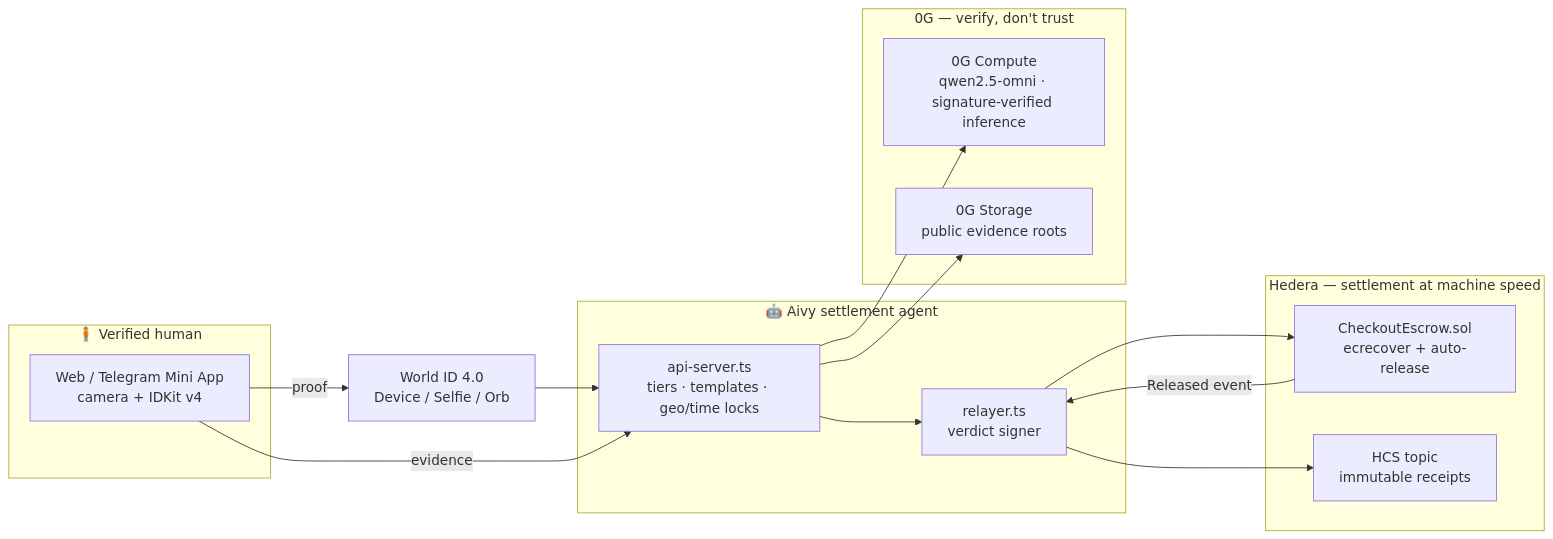
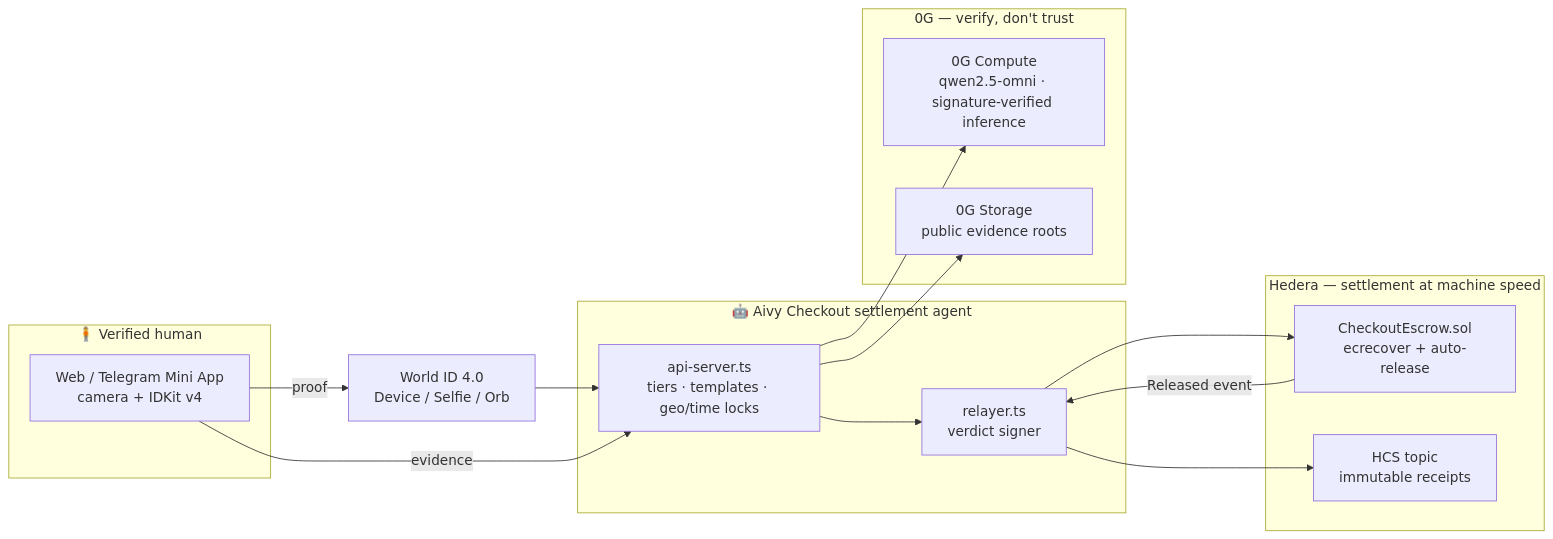
One commit to jmgomezl/aivy-checkout changed the second of 3 diagrams in README.md. Above: the diagram before and after it, drawn with Mermaid. The commit also changed other lines of this file and 1 other file, not shown here.

First line of the commit message:
Naming: bare 'Aivy' -> 'Aivy Checkout' in all product references

````diff
--- a/README.md
+++ b/README.md
@@ -78,26 +78,26 @@
 ```mermaid
 flowchart LR
     subgraph Human["🧍 Verified human"]
         TG[Web / Telegram Mini App<br/>camera + IDKit v4]
     end
-    subgraph Agent["🤖 Aivy settlement agent"]
+    subgraph Agent["🤖 Aivy Checkout settlement agent"]
         API[api-server.ts<br/>tiers · templates · geo/time locks]
         REL[relayer.ts<br/>verdict signer]
     end
     subgraph ZG["0G — verify, don't trust"]
         C[0G Compute<br/>qwen2.5-omni · signature-verified inference]
         ST[0G Storage<br/>public evidence roots]
     end
     subgraph HED["Hedera — settlement at machine speed"]
         ESC[CheckoutEscrow.sol<br/>ecrecover + auto-release]
         HCS[HCS topic<br/>immutable receipts]
     end
     W[World ID 4.0<br/>Device / Selfie / Orb]
 
     TG -->|proof| W --> API
     TG -->|evidence| API
     API --> C
     API --> ST
     API --> REL --> ESC
     ESC -->|Released event| REL --> HCS
 ```
````
